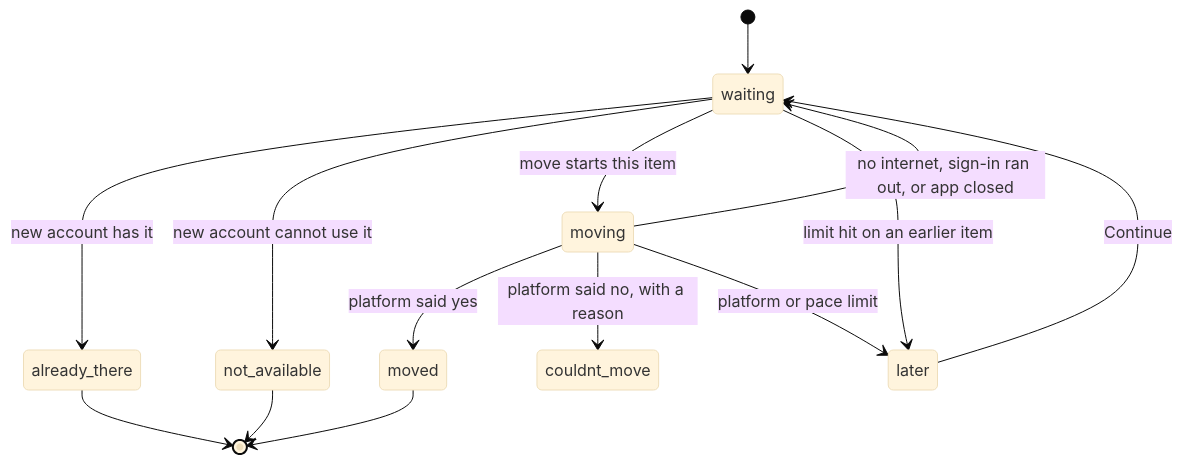
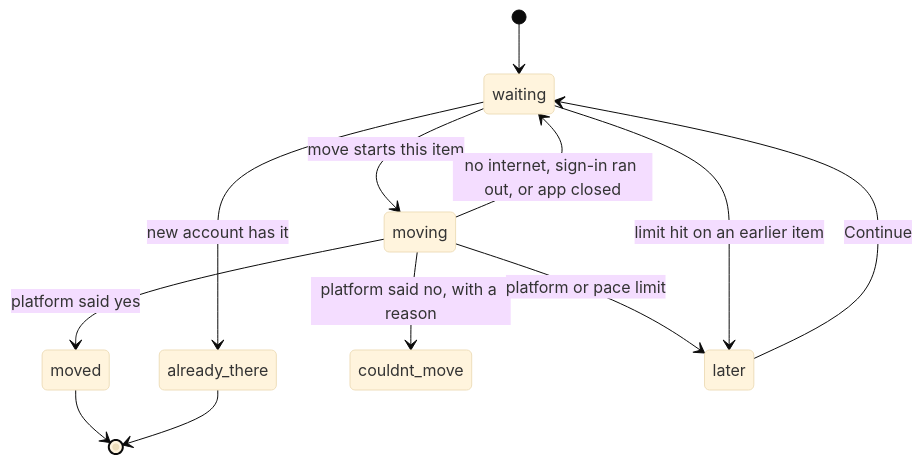
Before and after one commit to Dodo-Tech-Hub/magpie: the diagram in specs/008-github-platform/data-model.md, drawn with Mermaid (base theme). The commit also changed other lines of this file and 6 other files, not shown here.

Commit message:
docs(spec): apply 008 analysis fixes: one pace owner, drop Not available, Sign out label, spec follow-ups

````diff
--- a/specs/008-github-platform/data-model.md
+++ b/specs/008-github-platform/data-model.md
@@ -49,16 +49,14 @@
 ```mermaid
 stateDiagram-v2
     [*] --> waiting
     waiting --> already_there: new account has it
-    waiting --> not_available: new account cannot use it
     waiting --> moving: move starts this item
     moving --> moved: platform said yes
     moving --> couldnt_move: platform said no, with a reason
     moving --> waiting: no internet, sign-in ran out, or app closed
     moving --> later: platform or pace limit
     waiting --> later: limit hit on an earlier item
     later --> waiting: Continue
     moved --> [*]
     already_there --> [*]
-    not_available --> [*]
 ```
````
